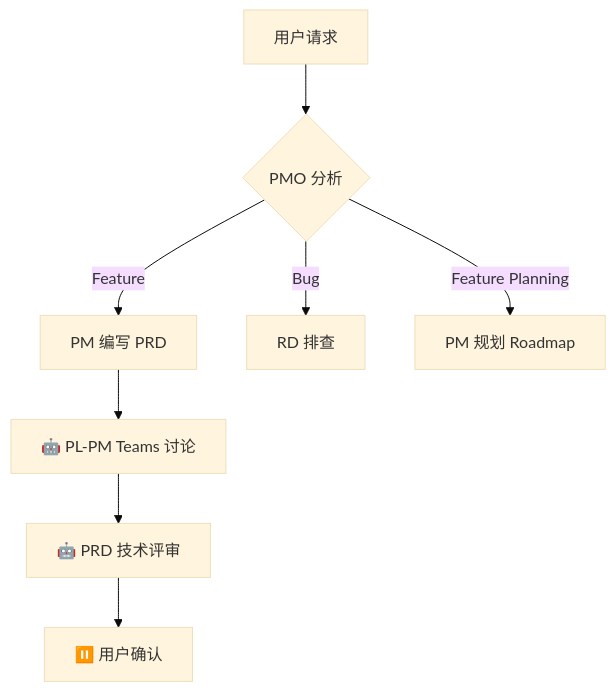
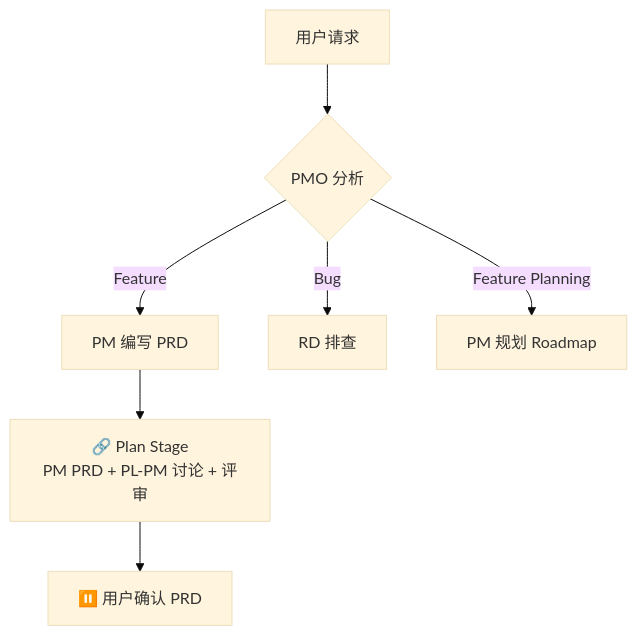
One commit to okteam99/teamwork changed the diagram in skills/teamwork/standards/common.md. Above: the diagram before and after it, drawn with Mermaid (base theme). The commit also changed other lines of this file and 43 other files, not shown here.

````diff
--- a/skills/teamwork/standards/common.md
+++ b/skills/teamwork/standards/common.md
@@ -655,10 +655,9 @@
 ```mermaid
 flowchart TD
     A[用户请求] --> B{PMO 分析}
     B -->|Feature| C[PM 编写 PRD]
     B -->|Bug| D[RD 排查]
     B -->|Feature Planning| E[PM 规划 Roadmap]
-    C --> C2[🤖 PL-PM Teams 讨论]
-    C2 --> F[🤖 PRD 技术评审]
-    F --> G[⏸️ 用户确认]
+    C --> C2[🔗 Plan Stage<br/>PM PRD + PL-PM 讨论 + 评审]
+    C2 --> G[⏸️ 用户确认 PRD]
 ```
````
